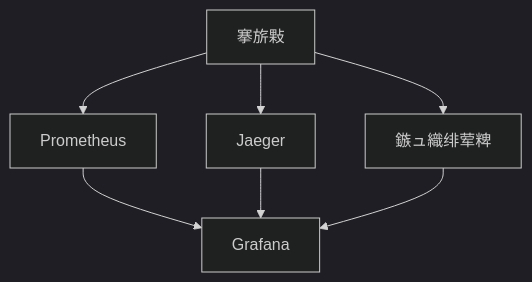
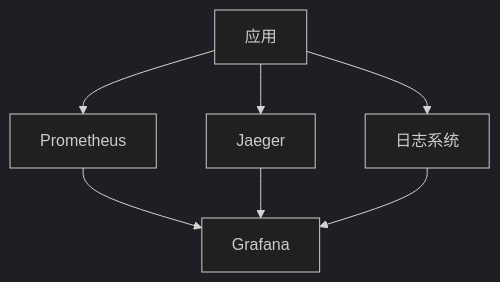
One commit to klpk961224/mcp-platform changed the first of 9 diagrams in doc/10-运维文档.md. Above: the diagram before and after it, drawn with Mermaid (dark theme). The commit also changed other lines of this file and 239 other files, not shown here.

````diff
--- a/doc/10-运维文档.md
+++ b/doc/10-运维文档.md
@@ -16,9 +18,9 @@
 ```mermaid
 graph TB
-    A[搴旂敤] --> B[Prometheus]
+    A[应用] --> B[Prometheus]
     A --> C[Jaeger]
-    A --> D[鏃ュ織绯荤粺]
+    A --> D[日志系统]
     B --> E[Grafana]
     C --> E
     D --> E
 ```
````
